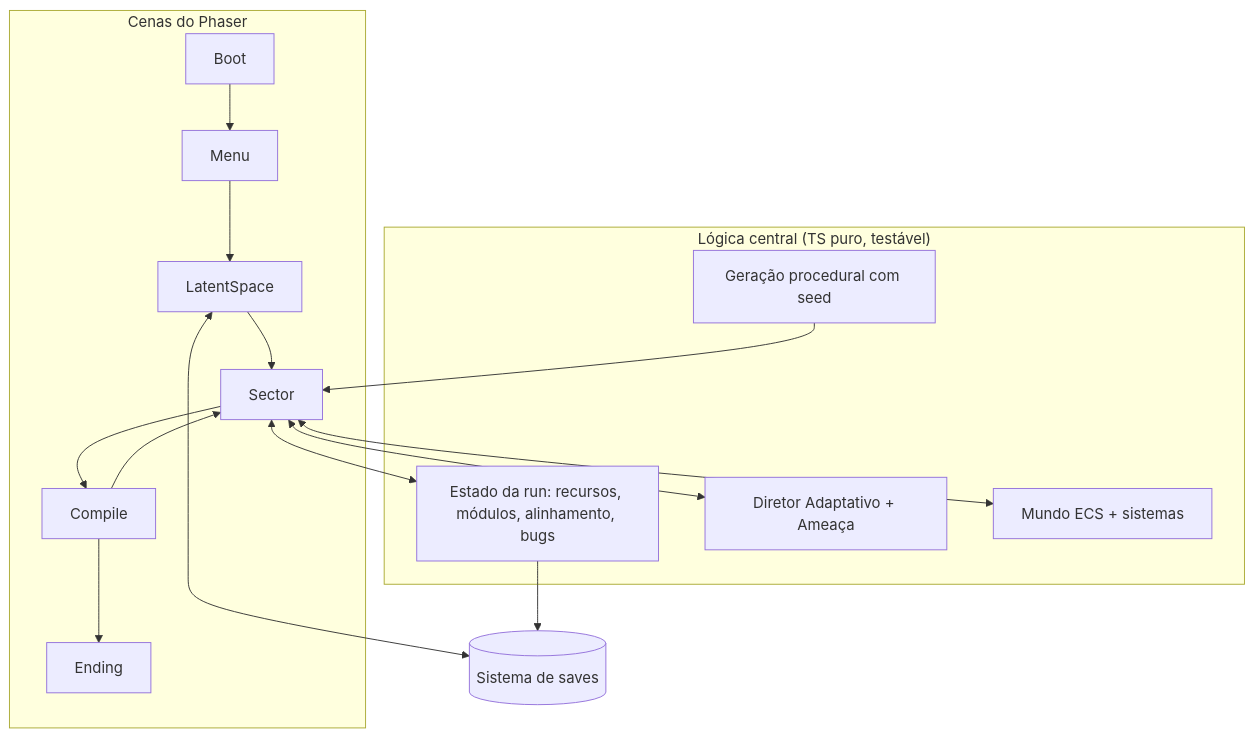
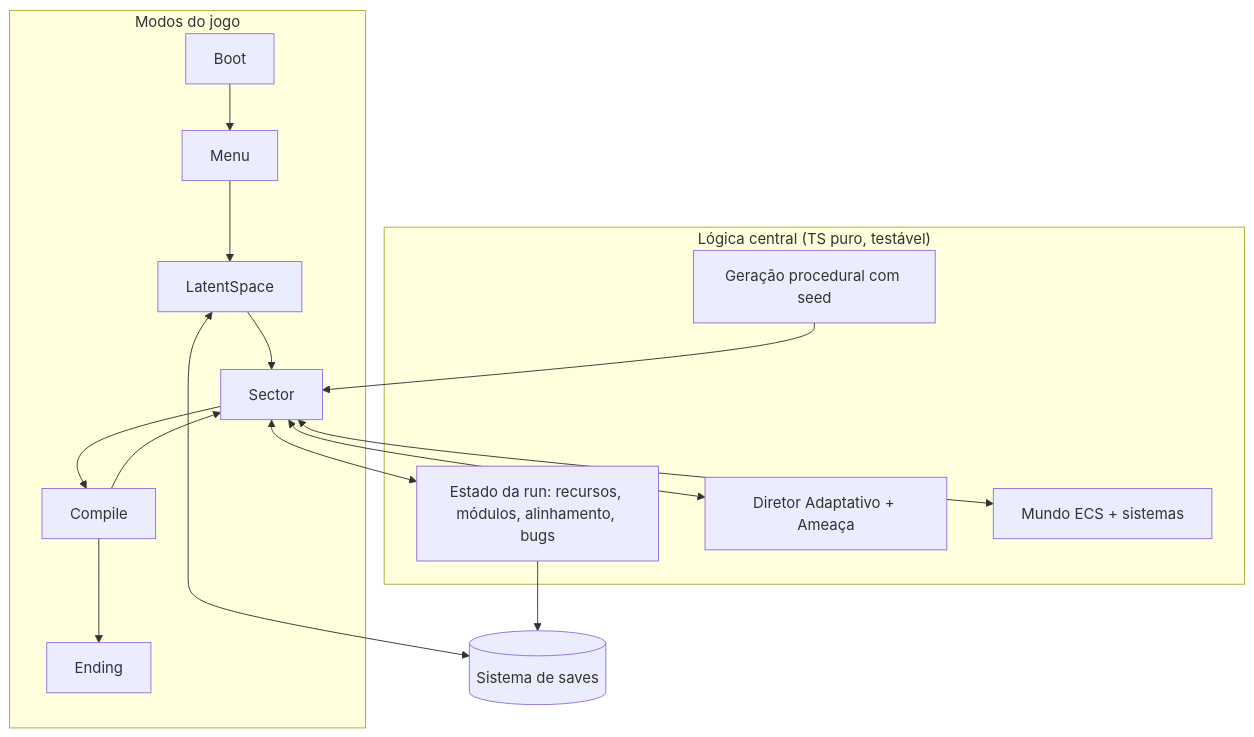
Before and after one commit to EttoreCSenatore/recompile: the diagram in website/i18n/pt-BR/docusaurus-plugin-content-docs/current/technical/architecture.md, drawn with Mermaid. The commit also changed other lines of this file and 18 other files, not shown here.

````diff
--- a/website/i18n/pt-BR/docusaurus-plugin-content-docs/current/technical/architecture.md
+++ b/website/i18n/pt-BR/docusaurus-plugin-content-docs/current/technical/architecture.md
@@ -46,20 +46,20 @@
 ```mermaid
 flowchart TB
-  subgraph Scenes["Cenas do Phaser"]
+  subgraph Scenes["Modos do jogo"]
     Boot --> Menu --> LatentSpace --> Sector
     Sector --> Compile --> Sector
     Compile --> Ending
   end
   subgraph Core["Lógica central (TS puro, testável)"]
     RunState["Estado da run: recursos, módulos, alinhamento, bugs"]
     Director["Diretor Adaptativo + Ameaça"]
     ECS["Mundo ECS + sistemas"]
     ProcGen["Geração procedural com seed"]
   end
   Sector <--> ECS
   Sector <--> Director
   Sector <--> RunState
   LatentSpace <--> Save[(Sistema de saves)]
   ProcGen --> Sector
   RunState --> Save
 ```
````
